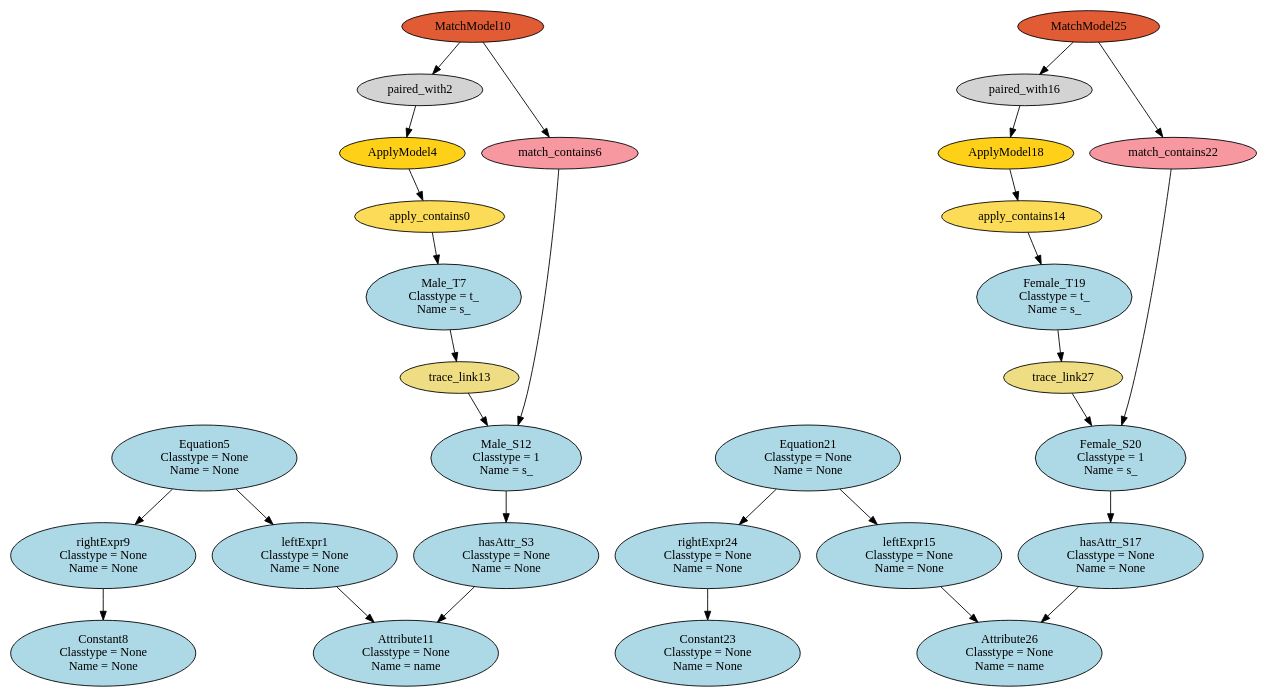
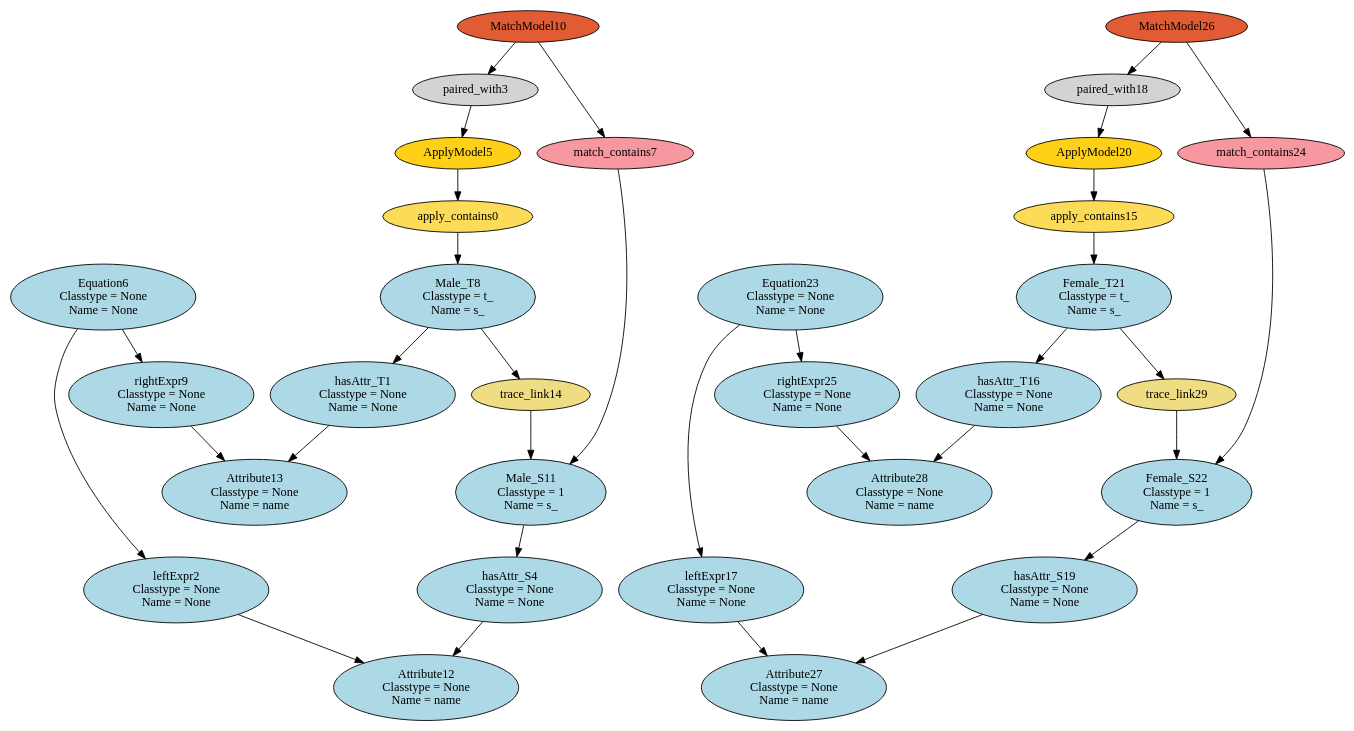
One commit to levilucio/SyVOLT changed the diagram in dot/HEmptyPathCondition_HM2M_HF2F.dot. Above: the diagram before and after it, drawn with Graphviz. The commit also changed 20 other files, not shown here.

```diff
--- a/dot/HEmptyPathCondition_HM2M_HF2F.dot
+++ b/dot/HEmptyPathCondition_HM2M_HF2F.dot
@@ -1,58 +1,64 @@
 digraph HEmptyPathCondition_HM2M_HF2F {
 apply_contains0 [style=filled, fillcolor="#FCDB58"];
-"leftExpr1\n Classtype = None\n Name = None" [style=filled, fillcolor=lightblue];
-paired_with2 [style=filled, fillcolor=lightgray];
-"hasAttr_S3\n Classtype = None\n Name = None" [style=filled, fillcolor=lightblue];
-ApplyModel4 [style=filled, fillcolor="#FED017"];
-"Equation5\n Classtype = None\n Name = None" [style=filled, fillcolor=lightblue];
-match_contains6 [style=filled, fillcolor="#F798A1"];
-"Male_T7\n Classtype = t_\n Name = s_" [style=filled, fillcolor=lightblue];
-"Constant8\n Classtype = None\n Name = None" [style=filled, fillcolor=lightblue];
+"hasAttr_T1\n Classtype = None\n Name = None" [style=filled, fillcolor=lightblue];
+"leftExpr2\n Classtype = None\n Name = None" [style=filled, fillcolor=lightblue];
+paired_with3 [style=filled, fillcolor=lightgray];
+"hasAttr_S4\n Classtype = None\n Name = None" [style=filled, fillcolor=lightblue];
+ApplyModel5 [style=filled, fillcolor="#FED017"];
+"Equation6\n Classtype = None\n Name = None" [style=filled, fillcolor=lightblue];
+match_contains7 [style=filled, fillcolor="#F798A1"];
+"Male_T8\n Classtype = t_\n Name = s_" [style=filled, fillcolor=lightblue];
 "rightExpr9\n Classtype = None\n Name = None" [style=filled, fillcolor=lightblue];
 MatchModel10 [style=filled, fillcolor="#E15C34"];
-"Attribute11\n Classtype = None\n Name = name" [style=filled, fillcolor=lightblue];
-"Male_S12\n Classtype = 1\n Name = s_" [style=filled, fillcolor=lightblue];
-trace_link13 [style=filled, fillcolor=lightgoldenrod];
-apply_contains14 [style=filled, fillcolor="#FCDB58"];
-"leftExpr15\n Classtype = None\n Name = None" [style=filled, fillcolor=lightblue];
-paired_with16 [style=filled, fillcolor=lightgray];
-"hasAttr_S17\n Classtype = None\n Name = None" [style=filled, fillcolor=lightblue];
-ApplyModel18 [style=filled, fillcolor="#FED017"];
-"Female_T19\n Classtype = t_\n Name = s_" [style=filled, fillcolor=lightblue];
-"Female_S20\n Classtype = 1\n Name = s_" [style=filled, fillcolor=lightblue];
-"Equation21\n Classtype = None\n Name = None" [style=filled, fillcolor=lightblue];
-match_contains22 [style=filled, fillcolor="#F798A1"];
-"Constant23\n Classtype = None\n Name = None" [style=filled, fillcolor=lightblue];
-"rightExpr24\n Classtype = None\n Name = None" [style=filled, fillcolor=lightblue];
-MatchModel25 [style=filled, fillcolor="#E15C34"];
-"Attribute26\n Classtype = None\n Name = name" [style=filled, fillcolor=lightblue];
-trace_link27 [style=filled, fillcolor=lightgoldenrod];
-ApplyModel4 -> apply_contains0;
-apply_contains0 -> "Male_T7\n Classtype = t_\n Name = s_";
-"Equation5\n Classtype = None\n Name = None" -> "leftExpr1\n Classtype = None\n Name = None";
-"leftExpr1\n Classtype = None\n Name = None" -> "Attribute11\n Classtype = None\n Name = name";
-MatchModel10 -> paired_with2;
-paired_with2 -> ApplyModel4;
-"Male_S12\n Classtype = 1\n Name = s_" -> "hasAttr_S3\n Classtype = None\n Name = None";
-"hasAttr_S3\n Classtype = None\n Name = None" -> "Attribute11\n Classtype = None\n Name = name";
-"Equation5\n Classtype = None\n Name = None" -> "rightExpr9\n Classtype = None\n Name = None";
-MatchModel10 -> match_contains6;
-match_contains6 -> "Male_S12\n Classtype = 1\n Name = s_";
-"rightExpr9\n Classtype = None\n Name = None" -> "Constant8\n Classtype = None\n Name = None";
-trace_link13 -> "Male_S12\n Classtype = 1\n Name = s_";
-"Male_T7\n Classtype = t_\n Name = s_" -> trace_link13;
-ApplyModel18 -> apply_contains14;
-apply_contains14 -> "Female_T19\n Classtype = t_\n Name = s_";
-"Equation21\n Classtype = None\n Name = None" -> "leftExpr15\n Classtype = None\n Name = None";
-"leftExpr15\n Classtype = None\n Name = None" -> "Attribute26\n Classtype = None\n Name = name";
-MatchModel25 -> paired_with16;
-paired_with16 -> ApplyModel18;
-"Female_S20\n Classtype = 1\n Name = s_" -> "hasAttr_S17\n Classtype = None\n Name = None";
-"hasAttr_S17\n Classtype = None\n Name = None" -> "Attribute26\n Classtype = None\n Name = name";
-match_contains22 -> "Female_S20\n Classtype = 1\n Name = s_";
-"Equation21\n Classtype = None\n Name = None" -> "rightExpr24\n Classtype = None\n Name = None";
-MatchModel25 -> match_contains22;
-"rightExpr24\n Classtype = None\n Name = None" -> "Constant23\n Classtype = None\n Name = None";
-trace_link27 -> "Female_S20\n Classtype = 1\n Name = s_";
-"Female_T19\n Classtype = t_\n Name = s_" -> trace_link27;
+"Male_S11\n Classtype = 1\n Name = s_" [style=filled, fillcolor=lightblue];
+"Attribute12\n Classtype = None\n Name = name" [style=filled, fillcolor=lightblue];
+"Attribute13\n Classtype = None\n Name = name" [style=filled, fillcolor=lightblue];
+trace_link14 [style=filled, fillcolor=lightgoldenrod];
+apply_contains15 [style=filled, fillcolor="#FCDB58"];
+"hasAttr_T16\n Classtype = None\n Name = None" [style=filled, fillcolor=lightblue];
+"leftExpr17\n Classtype = None\n Name = None" [style=filled, fillcolor=lightblue];
+paired_with18 [style=filled, fillcolor=lightgray];
+"hasAttr_S19\n Classtype = None\n Name = None" [style=filled, fillcolor=lightblue];
+ApplyModel20 [style=filled, fillcolor="#FED017"];
+"Female_T21\n Classtype = t_\n Name = s_" [style=filled, fillcolor=lightblue];
+"Female_S22\n Classtype = 1\n Name = s_" [style=filled, fillcolor=lightblue];
+"Equation23\n Classtype = None\n Name = None" [style=filled, fillcolor=lightblue];
+match_contains24 [style=filled, fillcolor="#F798A1"];
+"rightExpr25\n Classtype = None\n Name = None" [style=filled, fillcolor=lightblue];
+MatchModel26 [style=filled, fillcolor="#E15C34"];
+"Attribute27\n Classtype = None\n Name = name" [style=filled, fillcolor=lightblue];
+"Attribute28\n Classtype = None\n Name = name" [style=filled, fillcolor=lightblue];
+trace_link29 [style=filled, fillcolor=lightgoldenrod];
+ApplyModel5 -> apply_contains0;
+apply_contains0 -> "Male_T8\n Classtype = t_\n Name = s_";
+"Male_T8\n Classtype = t_\n Name = s_" -> "hasAttr_T1\n Classtype = None\n Name = None";
+"hasAttr_T1\n Classtype = None\n Name = None" -> "Attribute13\n Classtype = None\n Name = name";
+"Equation6\n Classtype = None\n Name = None" -> "leftExpr2\n Classtype = None\n Name = None";
+"leftExpr2\n Classtype = None\n Name = None" -> "Attribute12\n Classtype = None\n Name = name";
+MatchModel10 -> paired_with3;
+paired_with3 -> ApplyModel5;
+"Male_S11\n Classtype = 1\n Name = s_" -> "hasAttr_S4\n Classtype = None\n Name = None";
+"hasAttr_S4\n Classtype = None\n Name = None" -> "Attribute12\n Classtype = None\n Name = name";
+"Equation6\n Classtype = None\n Name = None" -> "rightExpr9\n Classtype = None\n Name = None";
+MatchModel10 -> match_contains7;
+match_contains7 -> "Male_S11\n Classtype = 1\n Name = s_";
+"rightExpr9\n Classtype = None\n Name = None" -> "Attribute13\n Classtype = None\n Name = name";
+trace_link14 -> "Male_S11\n Classtype = 1\n Name = s_";
+"Male_T8\n Classtype = t_\n Name = s_" -> trace_link14;
+ApplyModel20 -> apply_contains15;
+apply_contains15 -> "Female_T21\n Classtype = t_\n Name = s_";
+"Female_T21\n Classtype = t_\n Name = s_" -> "hasAttr_T16\n Classtype = None\n Name = None";
+"hasAttr_T16\n Classtype = None\n Name = None" -> "Attribute28\n Classtype = None\n Name = name";
+"Equation23\n Classtype = None\n Name = None" -> "leftExpr17\n Classtype = None\n Name = None";
+"leftExpr17\n Classtype = None\n Name = None" -> "Attribute27\n Classtype = None\n Name = name";
+MatchModel26 -> paired_with18;
+paired_with18 -> ApplyModel20;
+"Female_S22\n Classtype = 1\n Name = s_" -> "hasAttr_S19\n Classtype = None\n Name = None";
+"hasAttr_S19\n Classtype = None\n Name = None" -> "Attribute27\n Classtype = None\n Name = name";
+match_contains24 -> "Female_S22\n Classtype = 1\n Name = s_";
+"Equation23\n Classtype = None\n Name = None" -> "rightExpr25\n Classtype = None\n Name = None";
+MatchModel26 -> match_contains24;
+"rightExpr25\n Classtype = None\n Name = None" -> "Attribute28\n Classtype = None\n Name = name";
+trace_link29 -> "Female_S22\n Classtype = 1\n Name = s_";
+"Female_T21\n Classtype = t_\n Name = s_" -> trace_link29;
 }
```
